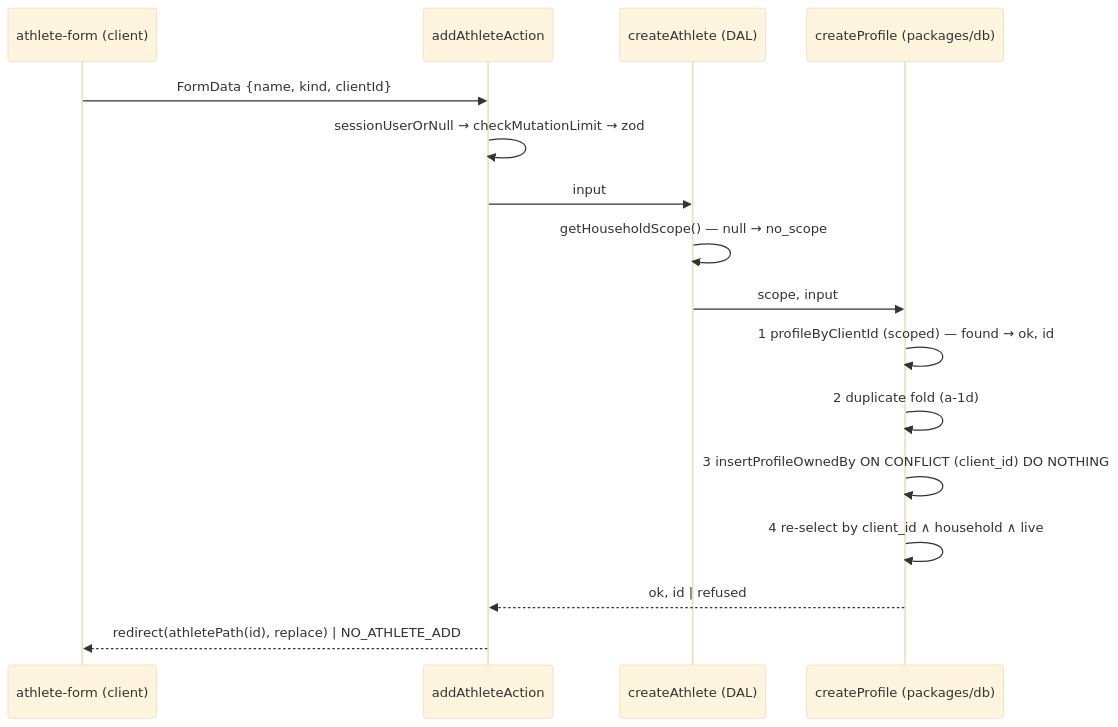
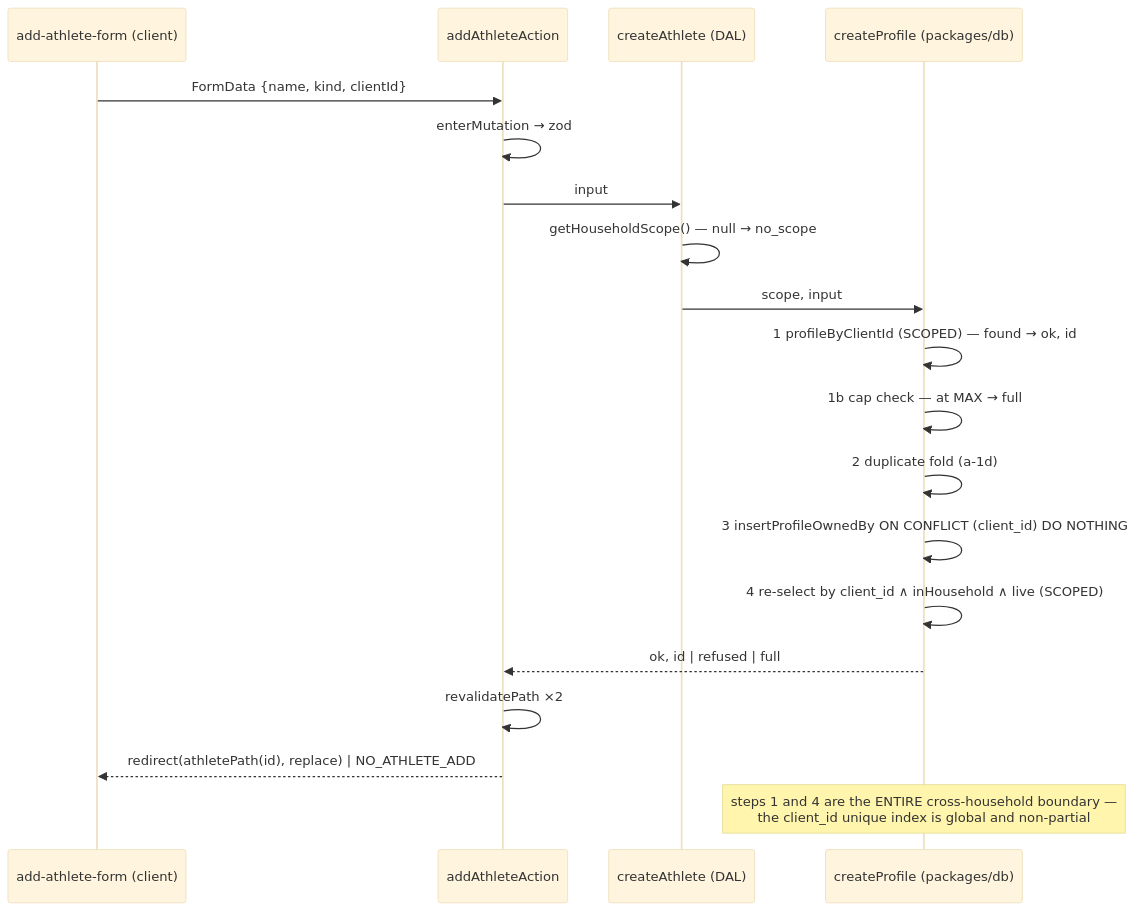
Before and after one commit to ralamode/mat-plan: the second of 2 diagrams in docs/plans/prof-1-athletes.md, drawn with Mermaid (base theme). The commit also changed other lines of this file and 3 other files, not shown here.

````diff
--- a/docs/plans/prof-1-athletes.md
+++ b/docs/plans/prof-1-athletes.md
@@ -637,18 +725,21 @@
 ```mermaid
 sequenceDiagram
-  participant F as athlete-form (client)
+  participant F as add-athlete-form (client)
   participant A as addAthleteAction
   participant D as createAthlete (DAL)
   participant W as createProfile (packages/db)
   F->>A: FormData {name, kind, clientId}
-  A->>A: sessionUserOrNull → checkMutationLimit → zod
+  A->>A: enterMutation → zod
   A->>D: input
   D->>D: getHouseholdScope() — null → no_scope
   D->>W: scope, input
-  W->>W: 1 profileByClientId (scoped) — found → ok, id
+  W->>W: 1 profileByClientId (SCOPED) — found → ok, id
+  W->>W: 1b cap check — at MAX → full
   W->>W: 2 duplicate fold (a-1d)
   W->>W: 3 insertProfileOwnedBy ON CONFLICT (client_id) DO NOTHING
-  W->>W: 4 re-select by client_id ∧ household ∧ live
-  W-->>A: ok, id | refused
+  W->>W: 4 re-select by client_id ∧ inHousehold ∧ live (SCOPED)
+  W-->>A: ok, id | refused | full
+  A->>A: revalidatePath ×2
   A-->>F: redirect(athletePath(id), replace) | NO_ATHLETE_ADD
+  Note over W: steps 1 and 4 are the ENTIRE cross-household boundary —<br/>the client_id unique index is global and non-partial
 ```
````
